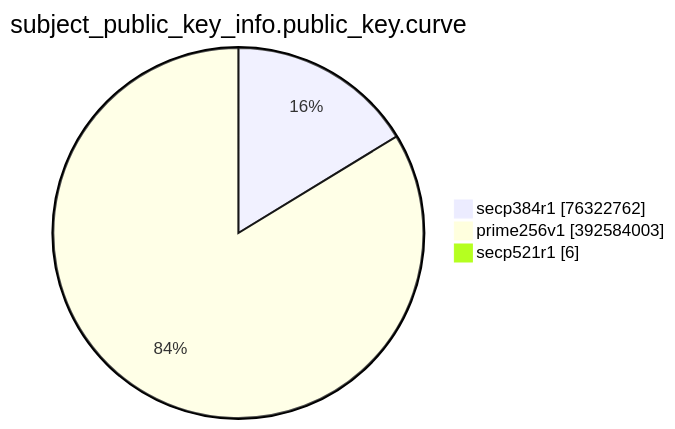
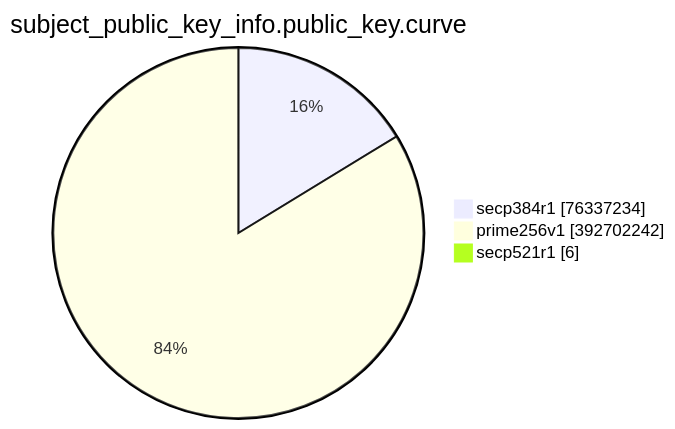
Before and after one commit to christiankrug/ctmonitor_visualization: the eighth of 15 diagrams in TOTAL/README.md, drawn with Mermaid. The commit also changed other lines of this file, not shown here.

````diff
--- a/TOTAL/README.md
+++ b/TOTAL/README.md
@@ -3094,7 +3094,7 @@
 ```mermaid
 pie showData
 title subject_public_key_info.public_key.curve
-"secp384r1" :76322762
-"prime256v1" :392584003
+"secp384r1" :76337234
+"prime256v1" :392702242
 "secp521r1" :6
 ```
````
